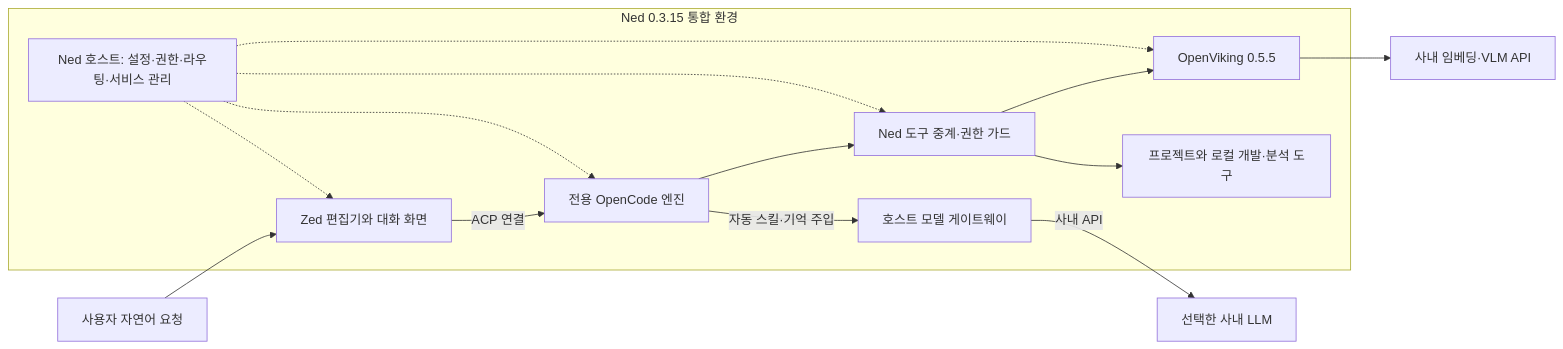
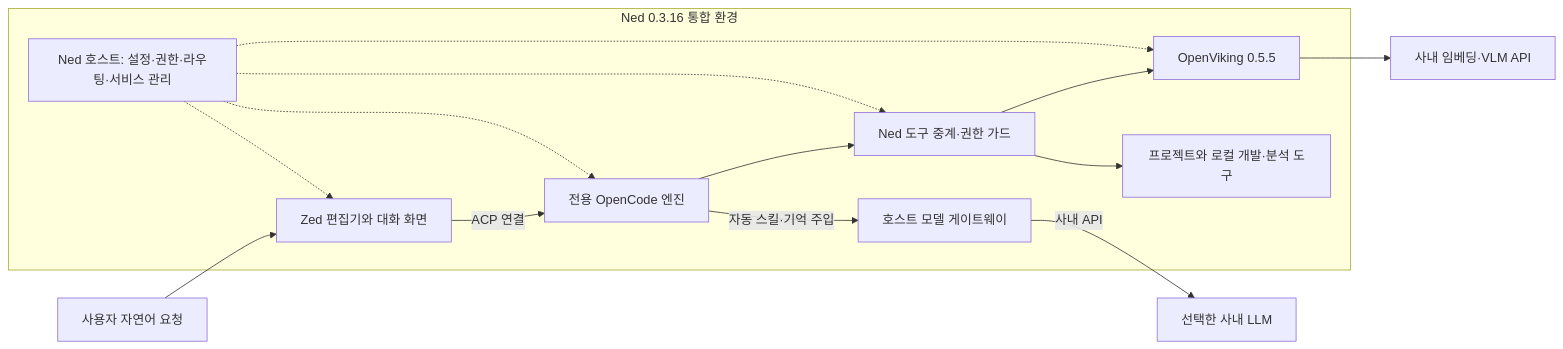
The diagram in docs/ned-vs-zed.md (SungKyu-Kim39/AgentHarness), drawn with Mermaid before and after one commit. The commit also changed other lines of this file and 38 other files, not shown here.

````diff
--- a/docs/ned-vs-zed.md
+++ b/docs/ned-vs-zed.md
@@ -36,17 +36,17 @@
 ```mermaid
 flowchart LR
     User[사용자 자연어 요청] --> Zed[Zed 편집기와 대화 화면]
-    subgraph Ned[Ned 0.3.15 통합 환경]
+    subgraph Ned[Ned 0.3.16 통합 환경]
         Zed -->|ACP 연결| Engine[전용 OpenCode 엔진]
         Engine -->|자동 스킬·기억 주입| Gateway[호스트 모델 게이트웨이]
         Engine --> Tools[Ned 도구 중계·권한 가드]
         Tools --> Local[프로젝트와 로컬 개발·분석 도구]
         Tools --> Knowledge[OpenViking 0.5.5]
         Host[Ned 호스트: 설정·권한·라우팅·서비스 관리] -.-> Zed
         Host -.-> Engine
         Host -.-> Tools
         Host -.-> Knowledge
     end
     Gateway -->|사내 API| LLM[선택한 사내 LLM]
     Knowledge --> Embedding[사내 임베딩·VLM API]
 ```
````
